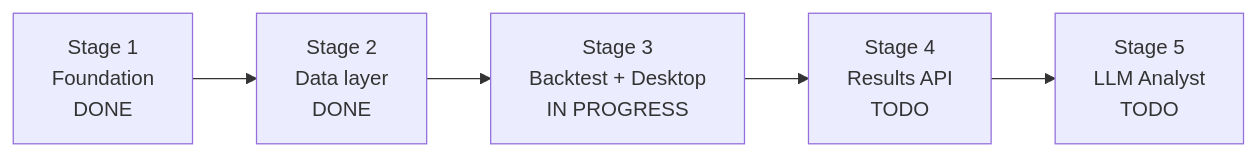
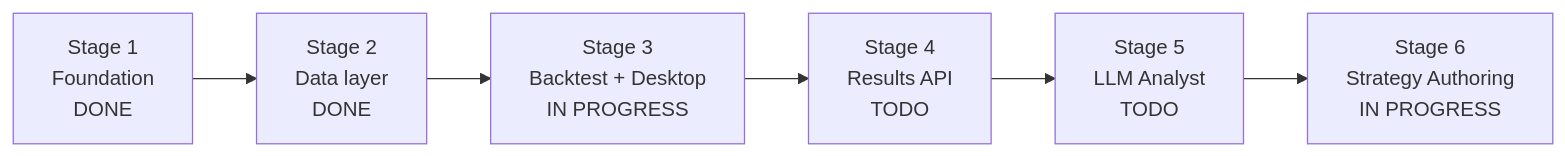
The fourth of 4 diagrams in docs/project-spec.md (Algorhythm-LLC/Algorhythm), drawn with Mermaid before and after one commit. The commit also changed other lines of this file and 13 other files, not shown here.

First line of the commit message:
chore(docs,submodules): strategy-dsl v0.1.3; sync CP & engine; Stage 6.1 docs (PR-08)

````diff
--- a/docs/project-spec.md
+++ b/docs/project-spec.md
@@ -200,10 +201,11 @@
 ```mermaid
 flowchart LR
   s1[Stage 1<br/>Foundation<br/>DONE]
   s2[Stage 2<br/>Data layer<br/>DONE]
   s3[Stage 3<br/>Backtest + Desktop<br/>IN PROGRESS]
   s4[Stage 4<br/>Results API<br/>TODO]
   s5[Stage 5<br/>LLM Analyst<br/>TODO]
+  s6[Stage 6<br/>Strategy Authoring<br/>IN PROGRESS]
 
-  s1 --> s2 --> s3 --> s4 --> s5
+  s1 --> s2 --> s3 --> s4 --> s5 --> s6
 ```
````
